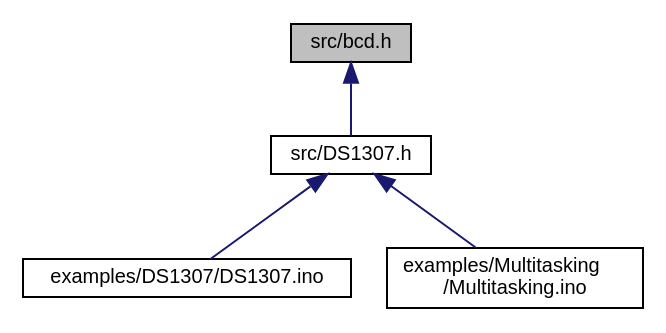
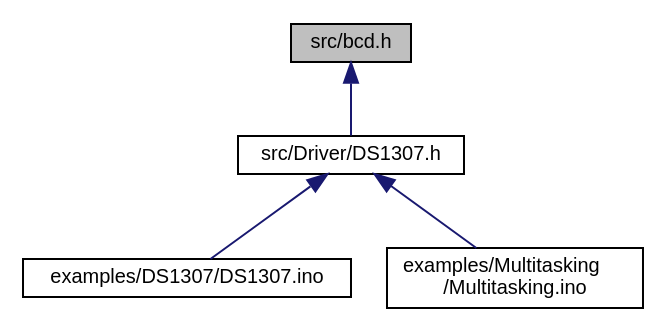
Before and after one commit to mikaelpatel/mikaelpatel.github.io: the diagram in Arduino-TWI/d9/d4f/bcd_8h__dep__incl.dot, drawn with Graphviz. The commit also changed 144 other files, not shown here.

```diff
--- a/Arduino-TWI/d9/d4f/bcd_8h__dep__incl.dot
+++ b/Arduino-TWI/d9/d4f/bcd_8h__dep__incl.dot
@@ -1,12 +1,12 @@
 digraph "src/bcd.h"
 {
   edge [fontname="Helvetica",fontsize="10",labelfontname="Helvetica",labelfontsize="10"];
   node [fontname="Helvetica",fontsize="10",shape=record];
   Node1 [label="src/bcd.h",height=0.2,width=0.4,color="black", fillcolor="grey75", style="filled", fontcolor="black"];
   Node1 -> Node2 [dir="back",color="midnightblue",fontsize="10",style="solid",fontname="Helvetica"];
-  Node2 [label="src/DS1307.h",height=0.2,width=0.4,color="black", fillcolor="white", style="filled",URL="$de/dba/DS1307_8h.html"];
+  Node2 [label="src/Driver/DS1307.h",height=0.2,width=0.4,color="black", fillcolor="white", style="filled",URL="$de/dba/DS1307_8h.html"];
   Node2 -> Node3 [dir="back",color="midnightblue",fontsize="10",style="solid",fontname="Helvetica"];
   Node3 [label="examples/DS1307/DS1307.ino",height=0.2,width=0.4,color="black", fillcolor="white", style="filled",URL="$d3/d10/DS1307_8ino.html"];
   Node2 -> Node4 [dir="back",color="midnightblue",fontsize="10",style="solid",fontname="Helvetica"];
   Node4 [label="examples/Multitasking\l/Multitasking.ino",height=0.2,width=0.4,color="black", fillcolor="white", style="filled",URL="$d0/df3/Multitasking_8ino.html"];
 }
```
